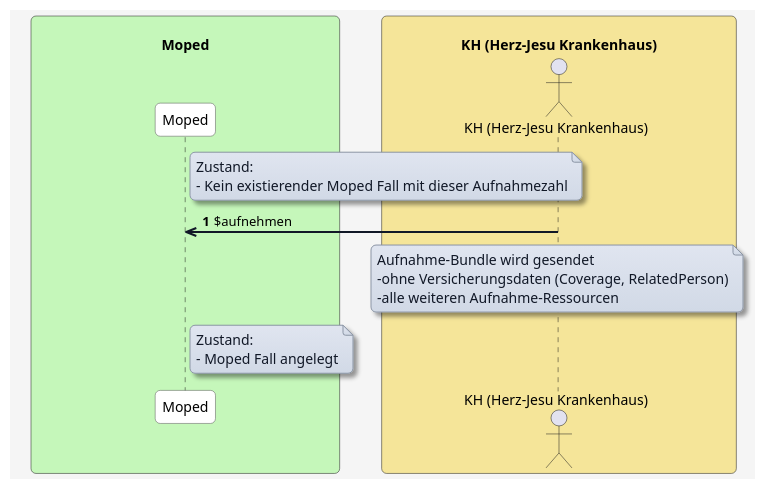
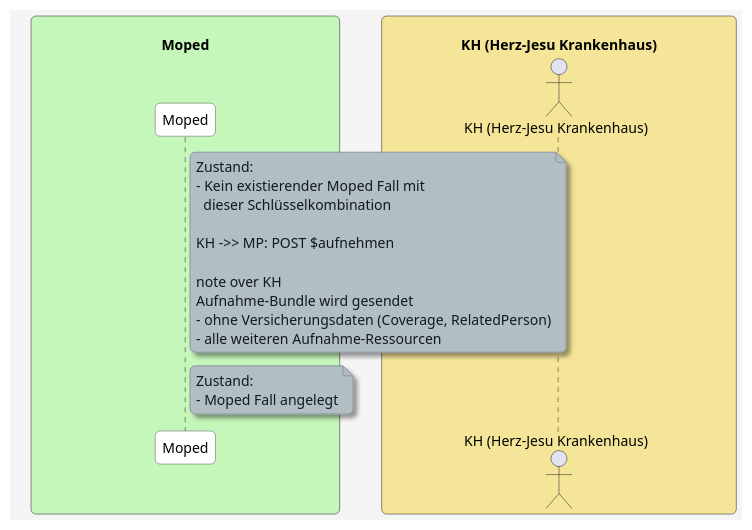
One commit to HL7Austria/ELGA-MOPED-R5 changed the diagram in input/images-source/aufnehmen-keine-versicherungsdetails.plantuml. Above: the diagram before and after it, drawn with PlantUML. The commit also changed 9 other files, not shown here.

```diff
--- a/input/images-source/aufnehmen-keine-versicherungsdetails.plantuml
+++ b/input/images-source/aufnehmen-keine-versicherungsdetails.plantuml
@@ -1,65 +1,70 @@
 @startuml
 skinparam borderColor #000000
 skinparam backgroundColor #f5f5f5
 skinparam shadowing false
 skinparam roundCorner 10
 skinparam defaultFontName "Arial"
 skinparam defaultFontSize 14
 skinparam defaultFontColor #000000
 
 skinparam note {
   BackgroundColor #e0e5f0-#d1d9e6
   BorderColor #8b95a5
   BorderThickness 1
   RoundCorner 8
   Padding 6
   FontColor #111827
   Shadowing true
 }
 
 skinparam HyperlinkColor #0000EE
 skinparam HyperlinkUnderline false
 
 skinparam sequence {
   ParticipantBorderColor #555555
   ParticipantBackgroundColor #ffffff
   ParticipantFontColor #000000
   ParticipantFontSize 14
   ParticipantPadding 20
   ArrowColor #111827
   ArrowThickness 2
   ArrowFontColor #000000
   ArrowFontSize 13
   GroupBorderColor #111827
   GroupBackgroundColor #f3f4f6
   GroupBorderThickness 1
 }
 
 skinparam BoxPadding 20
 skinparam BoxBorderColor #555555
 
 box "\n                                   Moped                                   " #c5f7ba
   participant MP as "Moped"
 end box
 
 box "\n                     KH (Herz-Jesu Krankenhaus)                     " #f5e599
   actor KH as "KH (Herz-Jesu Krankenhaus)"
 end box
 
 
 autonumber
 
-note right of MP
+note right of MP #b2bfc2
 Zustand:
-- Kein existierender Moped Fall mit dieser Aufnahmezahl
+- Kein existierender Moped Fall mit
+  dieser Schlüsselkombination
+
+KH ->> MP: POST $aufnehmen
+
+note over KH
+Aufnahme-Bundle wird gesendet
+- ohne Versicherungsdaten (Coverage, RelatedPerson)
+- alle weiteren Aufnahme-Ressourcen
 end note
 
-KH ->> MP: $aufnehmen
-Note over KH: Aufnahme-Bundle wird gesendet\n-ohne Versicherungsdaten (Coverage, RelatedPerson)\n-alle weiteren Aufnahme-Ressourcen
-
-note right of MP
+note right of MP #b2bfc2
 Zustand:
 - Moped Fall angelegt
 end note
 
 @enduml
```
